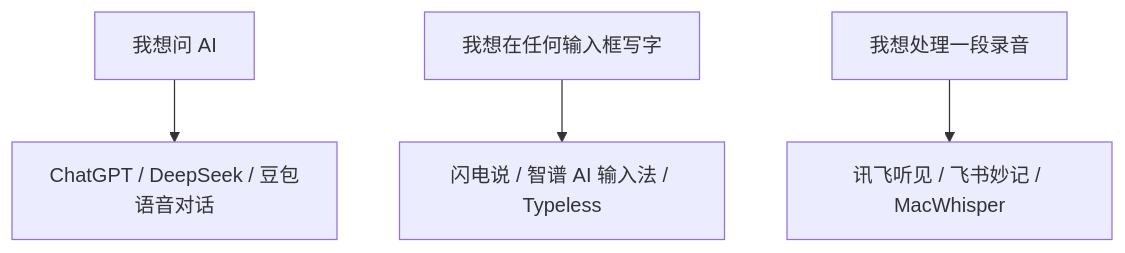
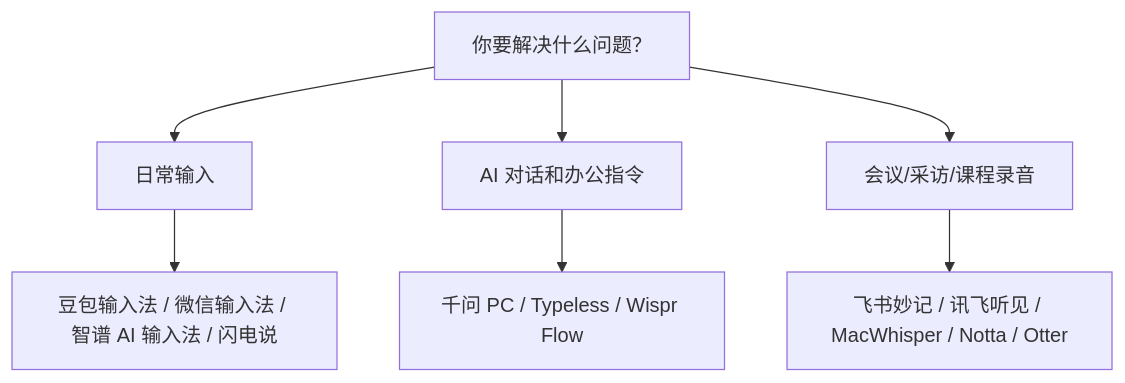
The diagram in 02-稿件库/01-创作中稿件/语音输入软件横评-20260613/01-公众号初稿.md (xieli149/AI--obsidian), drawn with Mermaid before and after one commit. The commit also changed other lines of this file and 2 other files, not shown here.

````diff
--- a/02-稿件库/01-创作中稿件/语音输入软件横评-20260613/01-公众号初稿.md
+++ b/02-稿件库/01-创作中稿件/语音输入软件横评-20260613/01-公众号初稿.md
@@ -467,6 +454,9 @@
 ```mermaid
-flowchart TB
-  A["我想问 AI"] --> B["ChatGPT / DeepSeek / 豆包语音对话"]
-  C["我想在任何输入框写字"] --> D["闪电说 / 智谱 AI 输入法 / Typeless"]
-  E["我想处理一段录音"] --> F["讯飞听见 / 飞书妙记 / MacWhisper"]
+flowchart TD
+  A["你要解决什么问题？"] --> B["日常输入"]
+  A --> C["AI 对话和办公指令"]
+  A --> D["会议/采访/课程录音"]
+  B --> E["豆包输入法 / 微信输入法 / 智谱 AI 输入法 / 闪电说"]
+  C --> F["千问 PC / Typeless / Wispr Flow"]
+  D --> G["飞书妙记 / 讯飞听见 / MacWhisper / Notta / Otter"]
 ```
````
